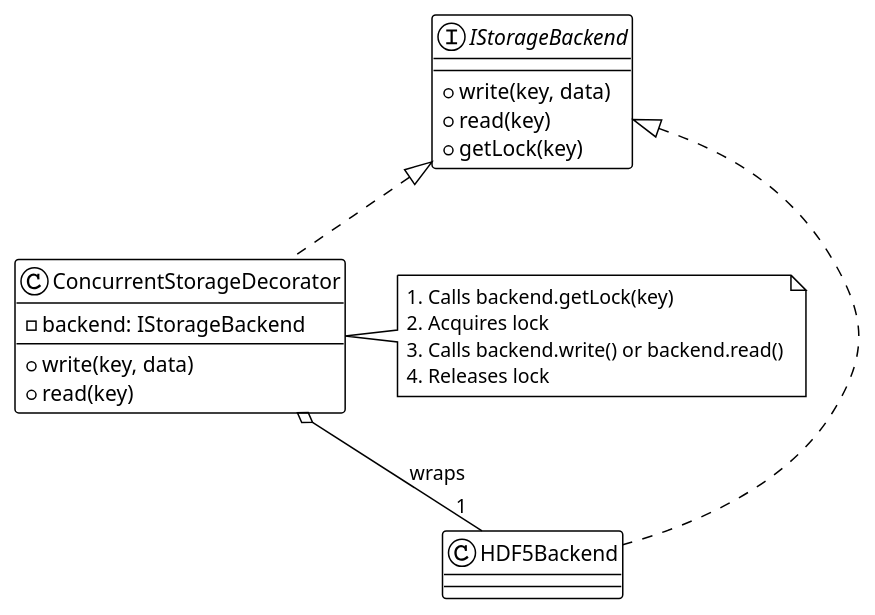
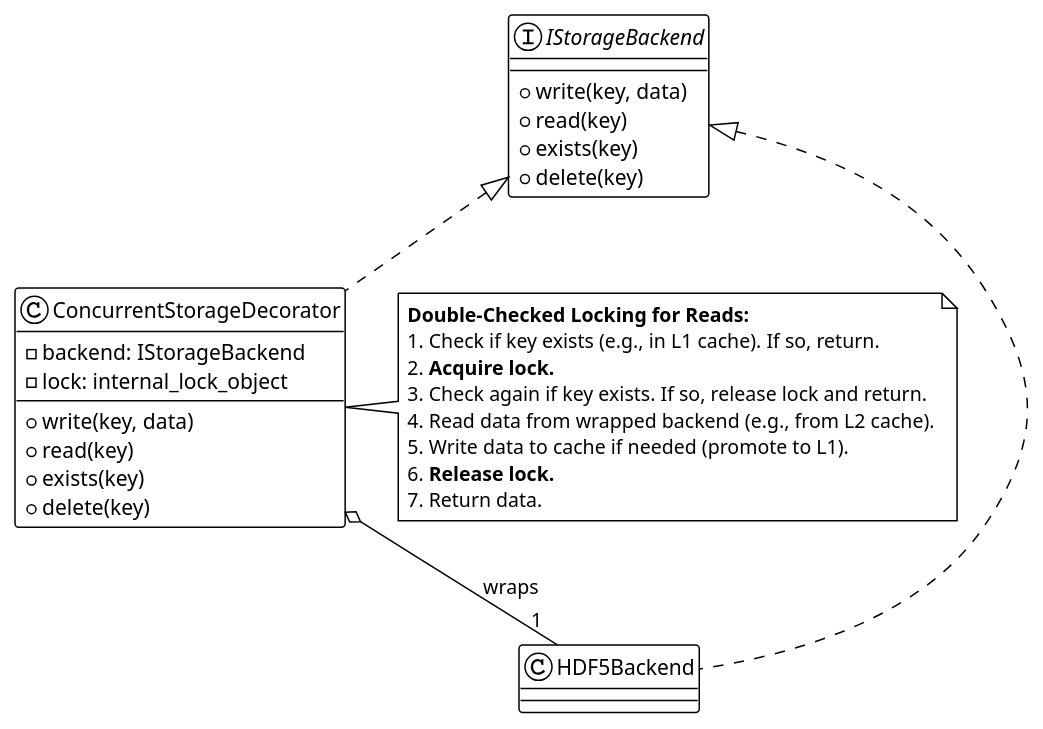
One commit to Mihai-Solescu/data-pipeline-fwk changed the diagram in docs/diagrams/storage_concurrency.puml. Above: the diagram before and after it, drawn with PlantUML. The commit also changed 2 other files, not shown here.

Commit message:
docs(storage): fully document two-tier storage system architecture and API
- Add detailed description of the storage system's two-tier architecture, including in-memory (L1) and persistent (L2) backends
- Document StorageManager orchestration logic and IStorageBackend interface contract
- Explain concurrency handling with decorators and sharding for scalability
- Describe garbage collection algorithm and API
- Include diagrams for storage architecture, concurrency, and sharding
- Clarify separation of caching and persistence, and future extensibility

```diff
--- a/docs/diagrams/storage_concurrency.puml
+++ b/docs/diagrams/storage_concurrency.puml
@@ -1,37 +1,47 @@
 @startuml storage_concurrency
 ' Style and layout settings
 !theme plain
 skinparam rectangle {
   shadowing false
   borderRadius 10
 }
 skinparam interface {
   shadowing false
 }
 
-interface "IStorageBackend" as IHandler {
+' The IStorageBackend interface is clean and has no knowledge of locking.
+interface "IStorageBackend" as IBackend {
   +write(key, data)
   +read(key)
-  +getLock(key)
+  +exists(key)
+  +delete(key)
 }
 
-class "HDF5Backend" implements IHandler {
-  ' Concrete implementation
+class "HDF5Backend" implements IBackend {
+  ' Concrete implementation of I/O operations.
 }
 
-class "ConcurrentStorageDecorator" implements IHandler {
+' The decorator implements the same interface and adds the locking behavior.
+class "ConcurrentStorageDecorator" implements IBackend {
   -backend: IStorageBackend
+  -lock: internal_lock_object
   +write(key, data)
   +read(key)
+  +exists(key)
+  +delete(key)
 }
 
 note right of ConcurrentStorageDecorator
-  1. Calls backend.getLock(key)
-  2. Acquires lock
-  3. Calls backend.write() or backend.read()
-  4. Releases lock
+  **Double-Checked Locking for Reads:**
+  1. Check if key exists (e.g., in L1 cache). If so, return.
+  2. **Acquire lock.**
+  3. Check again if key exists. If so, release lock and return.
+  4. Read data from wrapped backend (e.g., from L2 cache).
+  5. Write data to cache if needed (promote to L1).
+  6. **Release lock.**
+  7. Return data.
 end note
 
 ConcurrentStorageDecorator o-- "1" HDF5Backend : wraps
 
 @enduml
```
